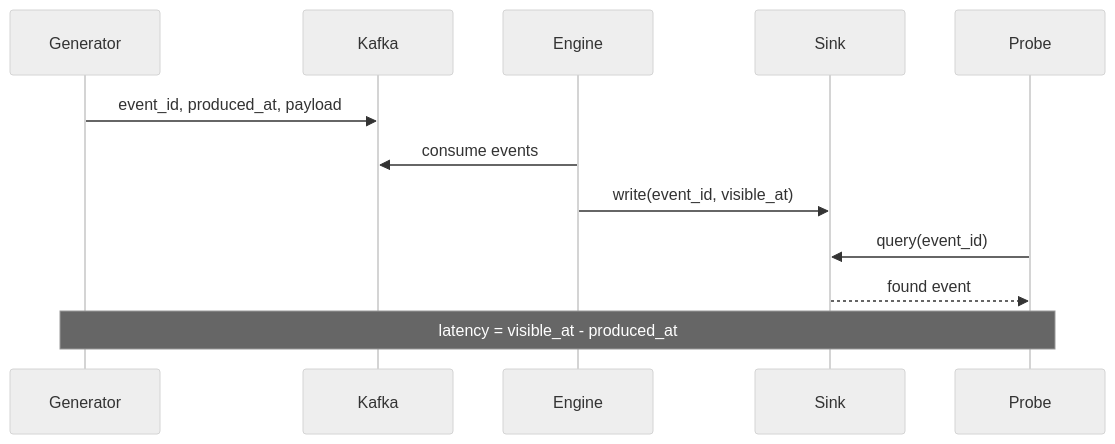
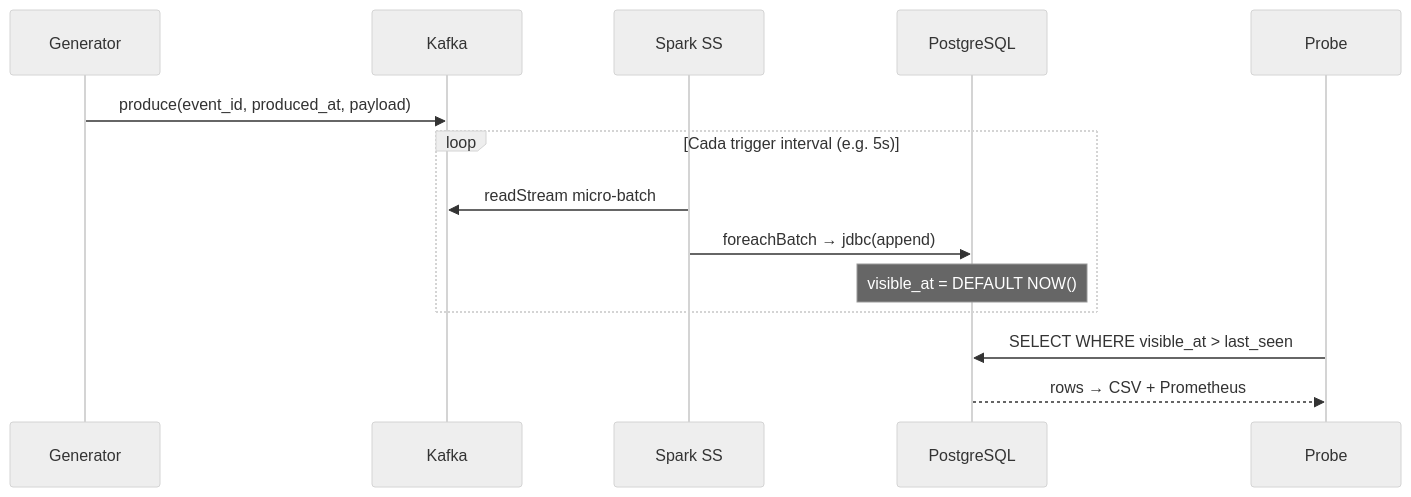
The third of 4 diagrams in docs/architecture.md (JohanCifuentes03/data-ingestion-strategies), drawn with Mermaid (neutral theme) before and after one commit. The commit also changed other lines of this file and 19 other files, not shown here.

````diff
--- a/docs/architecture.md
+++ b/docs/architecture.md
@@ -38,15 +94,17 @@
 ```mermaid
 sequenceDiagram
     participant G as Generator
     participant K as Kafka
-    participant E as Engine
-    participant S as Sink
+    participant SM as Spark SS
+    participant PG as PostgreSQL
     participant P as Probe
 
-    G->>K: event_id, produced_at, payload
-    E->>K: consume events
-    E->>S: write(event_id, visible_at)
-    P->>S: query(event_id)
-    S-->>P: found event
-    Note over G,P: latency = visible_at - produced_at
+    G->>K: produce(event_id, produced_at, payload)
+    loop Cada trigger interval (e.g. 5s)
+        SM->>K: readStream micro-batch
+        SM->>PG: foreachBatch → jdbc(append)
+        Note over PG: visible_at = DEFAULT NOW()
+    end
+    P->>PG: SELECT WHERE visible_at > last_seen
+    PG-->>P: rows → CSV + Prometheus
 ```
````
